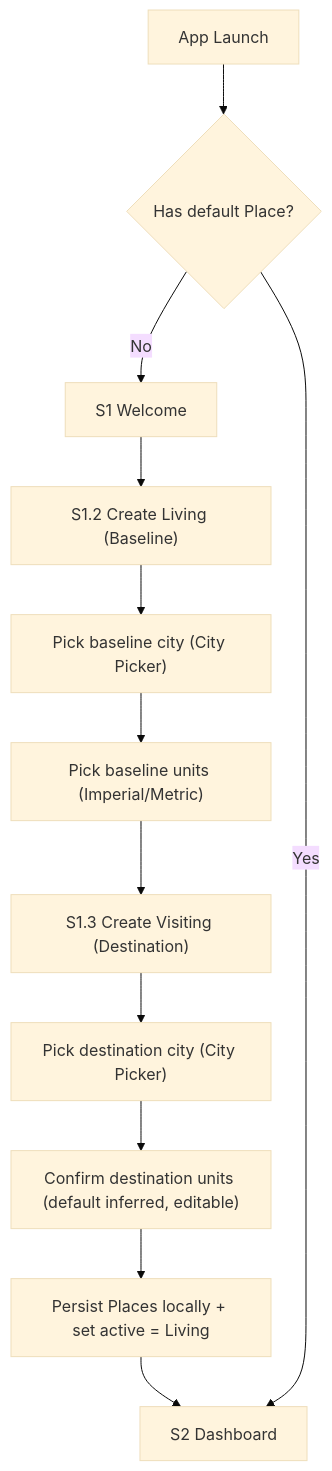
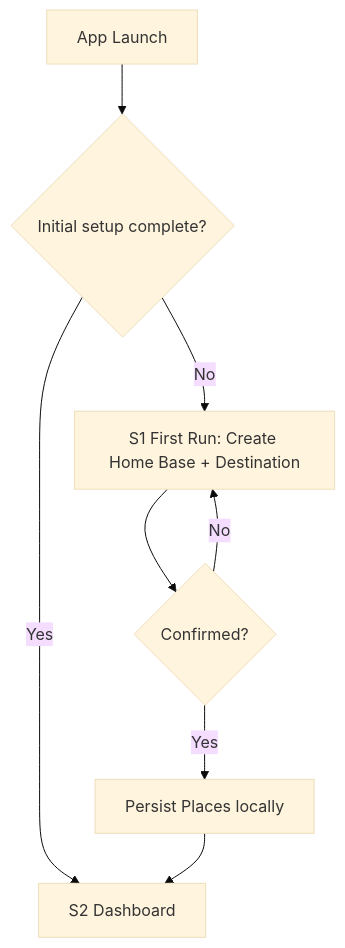
Before and after one commit to secretchoochoo/Unitana: the first of 8 diagrams in docs/01-flows.md, drawn with Mermaid (base theme). The commit also changed other lines of this file and 2 other files, not shown here.

Commit message:
docs: refactor onboarding to 3-step wizard + dashboard slice #1

````diff
--- a/docs/01-flows.md
+++ b/docs/01-flows.md
@@ -103,16 +102,11 @@
 ```mermaid
 flowchart TD
-  A["App Launch"] --> B{"Has default Place?"}
+  A["App Launch"] --> B{"Initial setup complete?"}
+  B -- "No" --> C["S1 First Run: Create Home Base + Destination"]
+  B -- "Yes" --> D["S2 Dashboard"]
 
-  B -- "No" --> W["S1 Welcome"]
-  W --> L["S1.2 Create Living (Baseline)"]
-  L --> LCity["Pick baseline city (City Picker)"]
-  LCity --> LUnits["Pick baseline units (Imperial/Metric)"]
-  LUnits --> V["S1.3 Create Visiting (Destination)"]
-  V --> VCity["Pick destination city (City Picker)"]
-  VCity --> VUnits["Confirm destination units (default inferred, editable)"]
-  VUnits --> Save["Persist Places locally + set active = Living"]
-  Save --> D["S2 Dashboard"]
-
-  B -- "Yes" --> D
+  C --> E{"Confirmed?"}
+  E -- "No" --> C
+  E -- "Yes" --> F["Persist Places locally"]
+  F --> D
 ```
````
